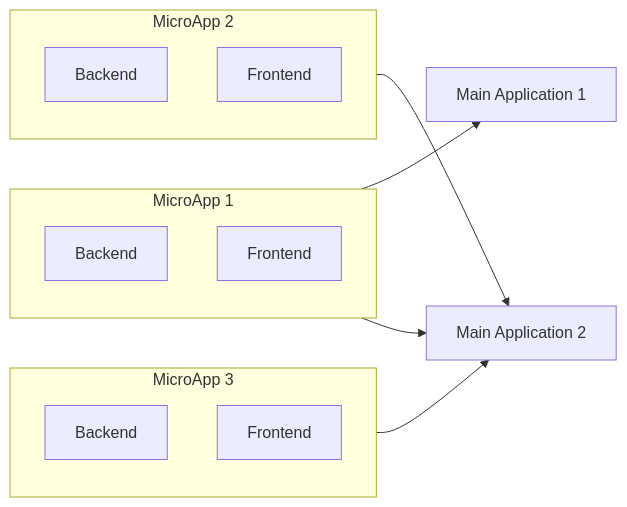
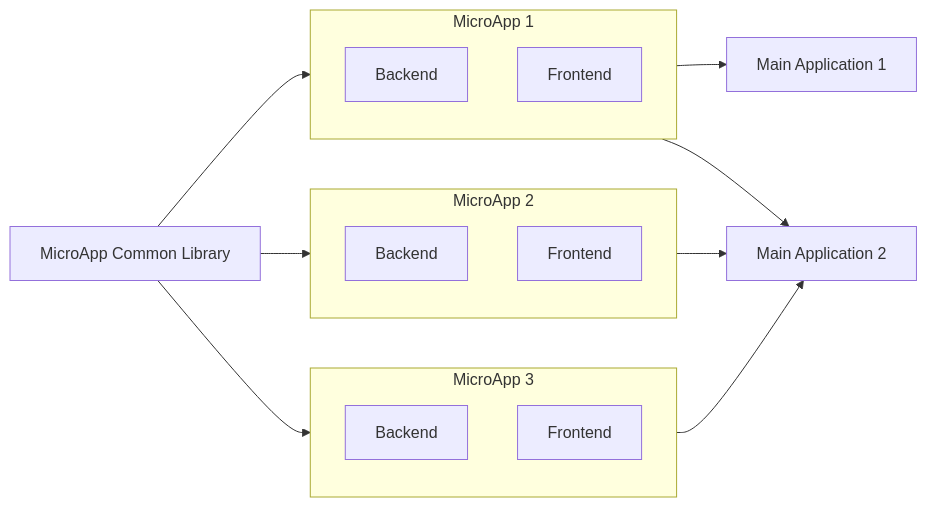
The second of 2 diagrams in blogs/microapp.md (a6h15hek/a6h15hek), drawn with Mermaid before and after one commit. The commit also changed other lines of this file, not shown here.

Commit message:
Common libaray block added

````diff
--- a/blogs/microapp.md
+++ b/blogs/microapp.md
@@ -44,24 +47,27 @@
 ```mermaid
 graph LR
+    F[MicroApp Common Library] --> B
+    F --> C
+    F --> E
+
     B --> A[Main Application 1]
-    
     B --> D[Main Application 2]
     C --> D
     E --> D
 
     subgraph B[MicroApp 1]
         B2[Backend] 
         B1[Frontend]
     end
 
     subgraph C[MicroApp 2]
         C2[Backend] 
         C1[Frontend]
     end
 
     subgraph E[MicroApp 3]
         E2[Backend]
         E1[Frontend]
     end
 
 ```
````
